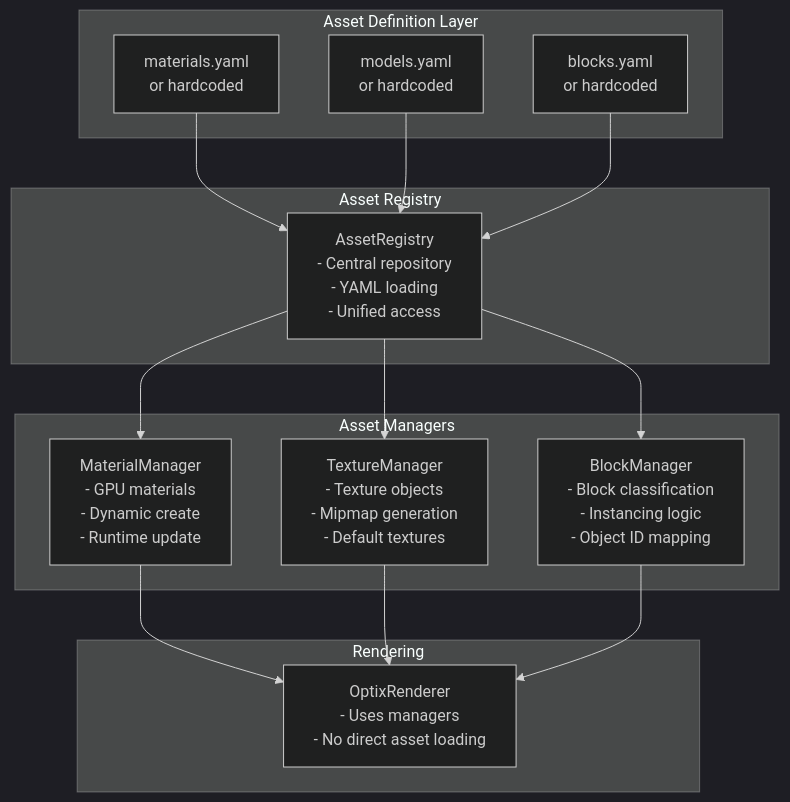
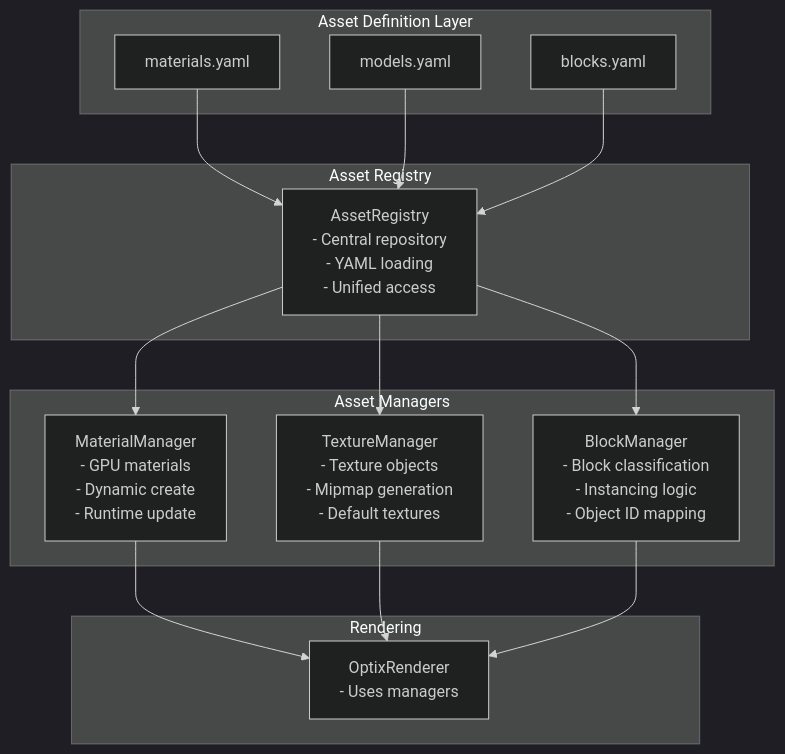
The diagram in docs/ASSET_SYSTEM_GUIDE.md (wangkepfe/Real-time-path-tracing-voxel-blocks), drawn with Mermaid (dark theme) before and after one commit. The commit also changed other lines of this file and 5 other files, not shown here.

````diff
--- a/docs/ASSET_SYSTEM_GUIDE.md
+++ b/docs/ASSET_SYSTEM_GUIDE.md
@@ -9,32 +9,32 @@
 ```mermaid
 flowchart TD
     subgraph "Asset Definition Layer"
-        A[materials.yaml<br/>or hardcoded]
-        B[models.yaml<br/>or hardcoded]
-        C[blocks.yaml<br/>or hardcoded]
+        A[materials.yaml]
+        B[models.yaml]
+        C[blocks.yaml]
     end
-    
+
     subgraph "Asset Registry"
         D[AssetRegistry<br/>- Central repository<br/>- YAML loading<br/>- Unified access]
     end
-    
+
     subgraph "Asset Managers"
         E[MaterialManager<br/>- GPU materials<br/>- Dynamic create<br/>- Runtime update]
         F[TextureManager<br/>- Texture objects<br/>- Mipmap generation<br/>- Default textures]
         G[BlockManager<br/>- Block classification<br/>- Instancing logic<br/>- Object ID mapping]
     end
-    
+
     subgraph "Rendering"
-        H[OptixRenderer<br/>- Uses managers<br/>- No direct asset loading]
+        H[OptixRenderer<br/>- Uses managers]
     end
-    
+
     A --> D
     B --> D
     C --> D
     D --> E
     D --> F
     D --> G
     E --> H
     F --> H
     G --> H
 ```
````
